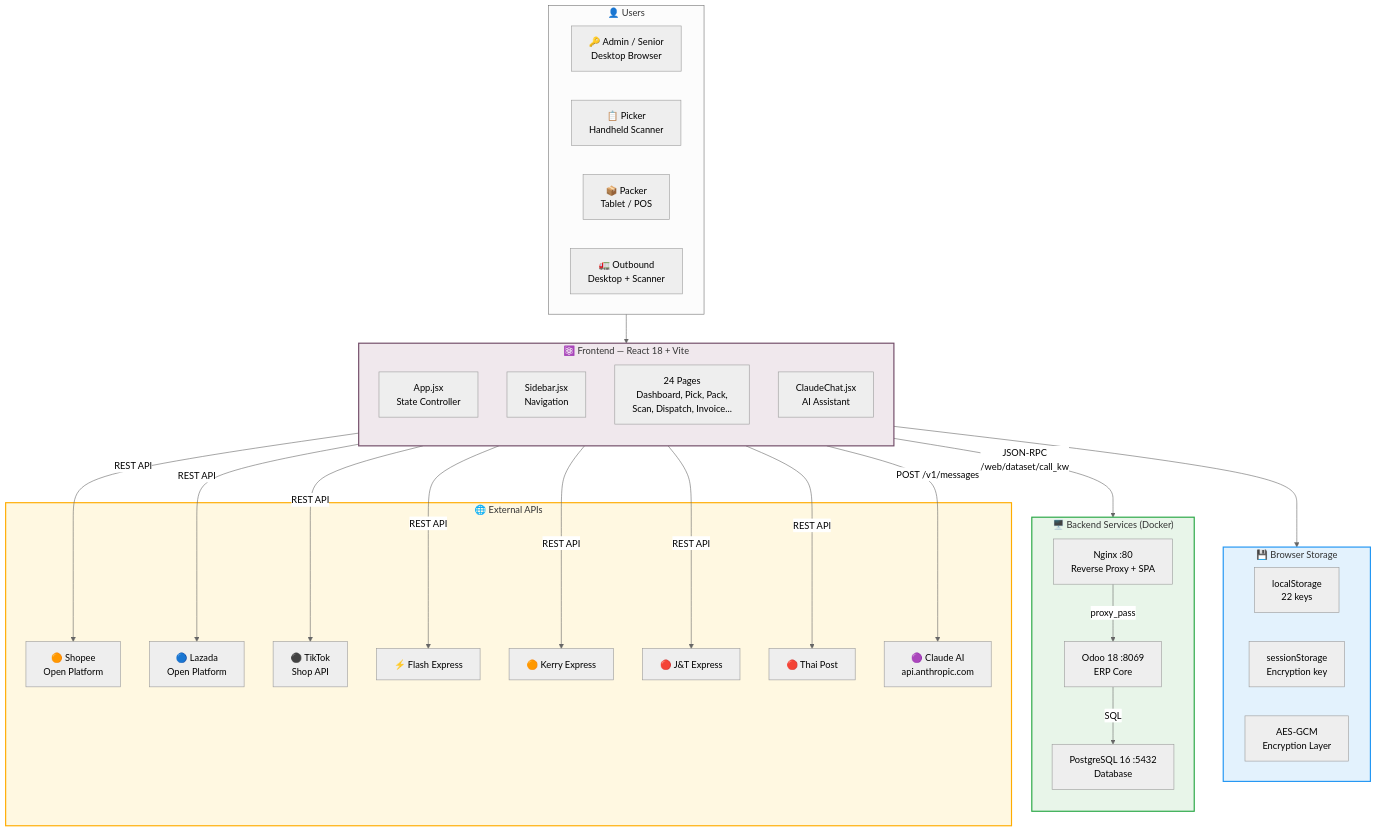
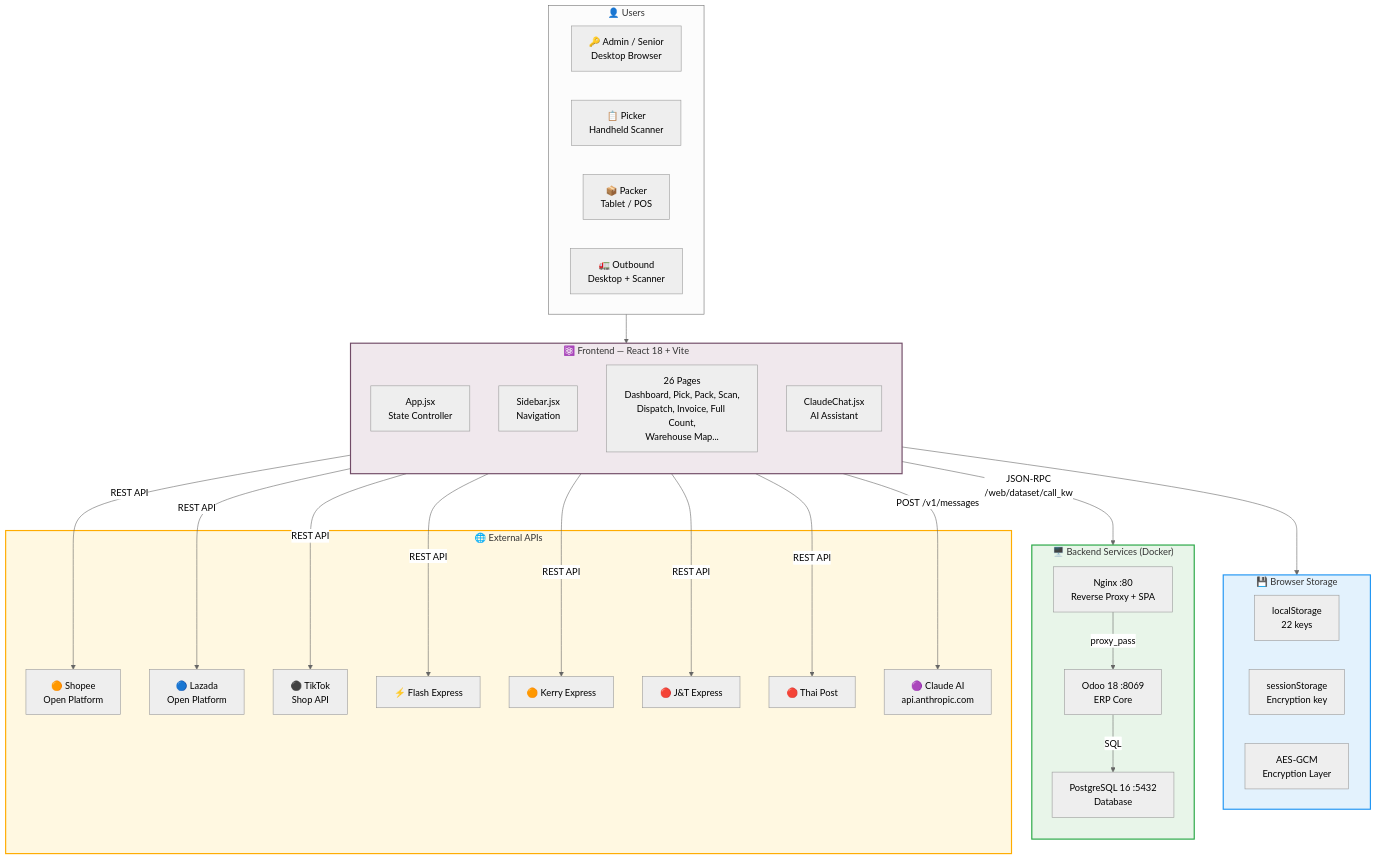
The first of 10 diagrams in docs/SYSTEM_ARCHITECTURE.md (samuny2329/kob-wms), drawn with Mermaid (neutral theme) before and after one commit. The commit also changed other lines of this file and 3 other files, not shown here.

Commit message:
Docs overhaul: README.md, User Guide v5.1 (Full Count + Warehouse Map), SO_FLOW v1.1, Architecture update, floor plan layout

````diff
--- a/docs/SYSTEM_ARCHITECTURE.md
+++ b/docs/SYSTEM_ARCHITECTURE.md
@@ -9,55 +9,55 @@
 ```mermaid
 graph TB
     subgraph USERS["👤 Users"]
         ADMIN["🔑 Admin / Senior<br/>Desktop Browser"]
         PICKER["📋 Picker<br/>Handheld Scanner"]
         PACKER["📦 Packer<br/>Tablet / POS"]
         OUTBOUND["🚛 Outbound<br/>Desktop + Scanner"]
     end
 
     subgraph FRONTEND["⚛️ Frontend — React 18 + Vite"]
         direction TB
         APP["App.jsx<br/>State Controller"]
         SIDEBAR["Sidebar.jsx<br/>Navigation"]
-        PAGES["24 Pages<br/>Dashboard, Pick, Pack,<br/>Scan, Dispatch, Invoice..."]
+        PAGES["26 Pages<br/>Dashboard, Pick, Pack, Scan,<br/>Dispatch, Invoice, Full Count,<br/>Warehouse Map..."]
         CHAT["ClaudeChat.jsx<br/>AI Assistant"]
     end
 
     subgraph STORAGE["💾 Browser Storage"]
         LS["localStorage<br/>22 keys"]
         SS["sessionStorage<br/>Encryption key"]
         CRYPTO["AES-GCM<br/>Encryption Layer"]
     end
 
     subgraph BACKEND["🖥️ Backend Services (Docker)"]
         direction TB
         NGINX["Nginx :80<br/>Reverse Proxy + SPA"]
         ODOO["Odoo 18 :8069<br/>ERP Core"]
         PG["PostgreSQL 16 :5432<br/>Database"]
     end
 
     subgraph EXTERNAL["🌐 External APIs"]
         SHOPEE["🟠 Shopee<br/>Open Platform"]
         LAZADA["🔵 Lazada<br/>Open Platform"]
         TIKTOK["⚫ TikTok<br/>Shop API"]
         FLASH["⚡ Flash Express"]
         KERRY["🟠 Kerry Express"]
         JT["🔴 J&T Express"]
         THAIPOST["🔴 Thai Post"]
         CLAUDE["🟣 Claude AI<br/>api.anthropic.com"]
     end
 
     USERS --> FRONTEND
     FRONTEND --> STORAGE
     FRONTEND -->|"JSON-RPC<br/>/web/dataset/call_kw"| NGINX
     NGINX -->|"proxy_pass"| ODOO
     ODOO -->|"SQL"| PG
     FRONTEND -->|"REST API"| SHOPEE & LAZADA & TIKTOK
     FRONTEND -->|"REST API"| FLASH & KERRY & JT & THAIPOST
     CHAT -->|"POST /v1/messages"| CLAUDE
 
     style FRONTEND fill:#f0e8ed,stroke:#714B67,stroke-width:2px
     style BACKEND fill:#e8f5e9,stroke:#28a745,stroke-width:2px
     style EXTERNAL fill:#fff8e1,stroke:#ffac00,stroke-width:2px
     style STORAGE fill:#e3f2fd,stroke:#2196F3,stroke-width:2px
 ```
````
